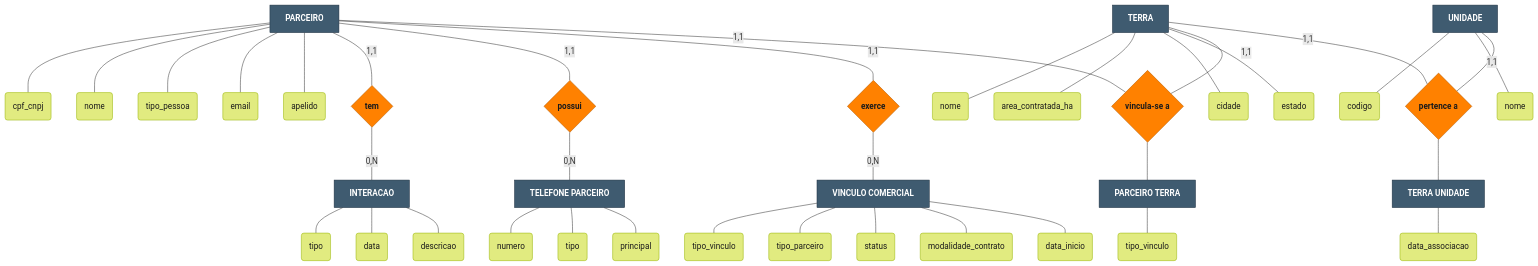
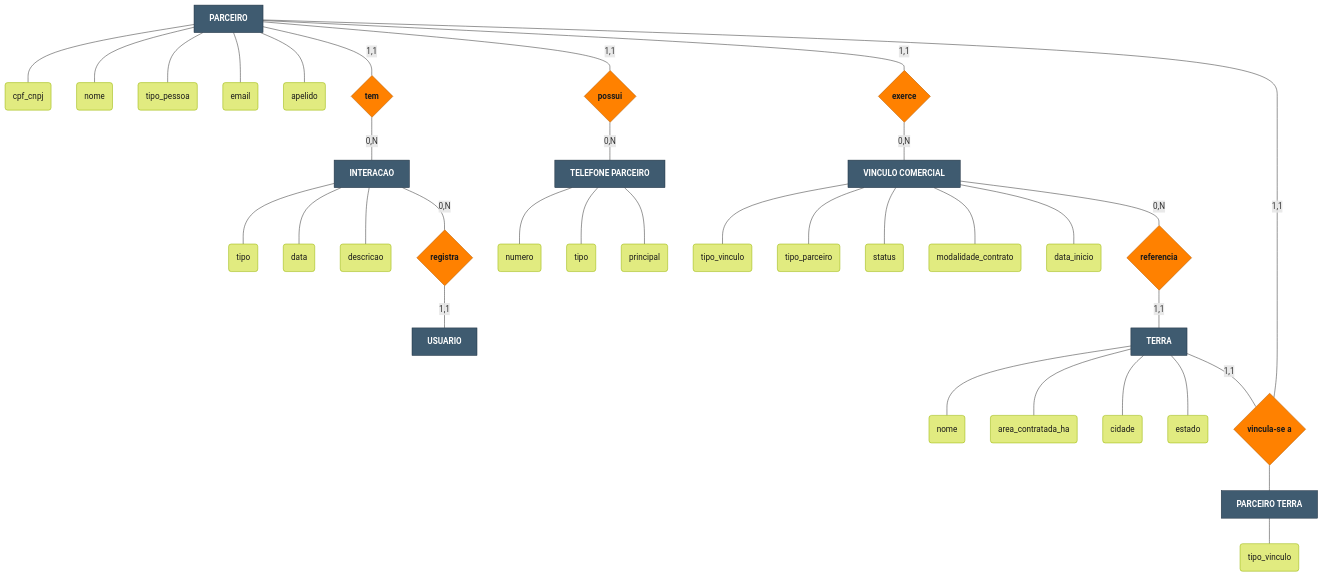
Before and after one commit to williamjrmaia/M-dulo-2---Aplica-o-Web-Atvos-: the second of 4 diagrams in documentos/wad.md, drawn with Mermaid. The commit also changed other lines of this file, not shown here.

Commit message:
docs(#168): corrigir incoerencias entre diagramas e tabela de relacionamentos na secao 3.6.1

````diff
--- a/documentos/wad.md
+++ b/documentos/wad.md
@@ -1175,11 +1177,10 @@
     PARC[PARCEIRO]:::entity
     TELEF[TELEFONE PARCEIRO]:::entity
     INTER[INTERACAO]:::entity
+    USUA[USUARIO]:::entity
     VINC[VINCULO COMERCIAL]:::entity
     TERR[TERRA]:::entity
     PT[PARCEIRO TERRA]:::entity
-    TU[TERRA UNIDADE]:::entity
-    UNID[UNIDADE]:::entity
 
     p1(cpf_cnpj):::attr
     p2(nome):::attr
@@ -1229,27 +1230,19 @@
     pt1(tipo_vinculo):::attr
     PT --- pt1
 
-    tu1(data_associacao):::attr
-    TU --- tu1
-
-    un1(codigo):::attr
-    un2(nome):::attr
-    UNID --- un1
-    UNID --- un2
-
     Rtem{tem}:::rel
     Rtelef{possui}:::rel
+    Rreg{registra}:::rel
     Rexerce{exerce}:::rel
+    Rvt{referencia}:::rel
     Rvinc{vincula-se a}:::rel
-    Rpert{pertence a}:::rel
 
     PARC -- "1,1" --- Rtem -- "0,N" --- INTER
+    INTER -- "0,N" --- Rreg -- "1,1" --- USUA
     PARC -- "1,1" --- Rtelef -- "0,N" --- TELEF
     PARC -- "1,1" --- Rexerce -- "0,N" --- VINC
+    VINC -- "0,N" --- Rvt -- "1,1" --- TERR
     PARC -- "1,1" --- Rvinc
     TERR -- "1,1" --- Rvinc
     Rvinc --- PT
-    TERR -- "1,1" --- Rpert
-    UNID -- "1,1" --- Rpert
-    Rpert --- TU
 ```
````
